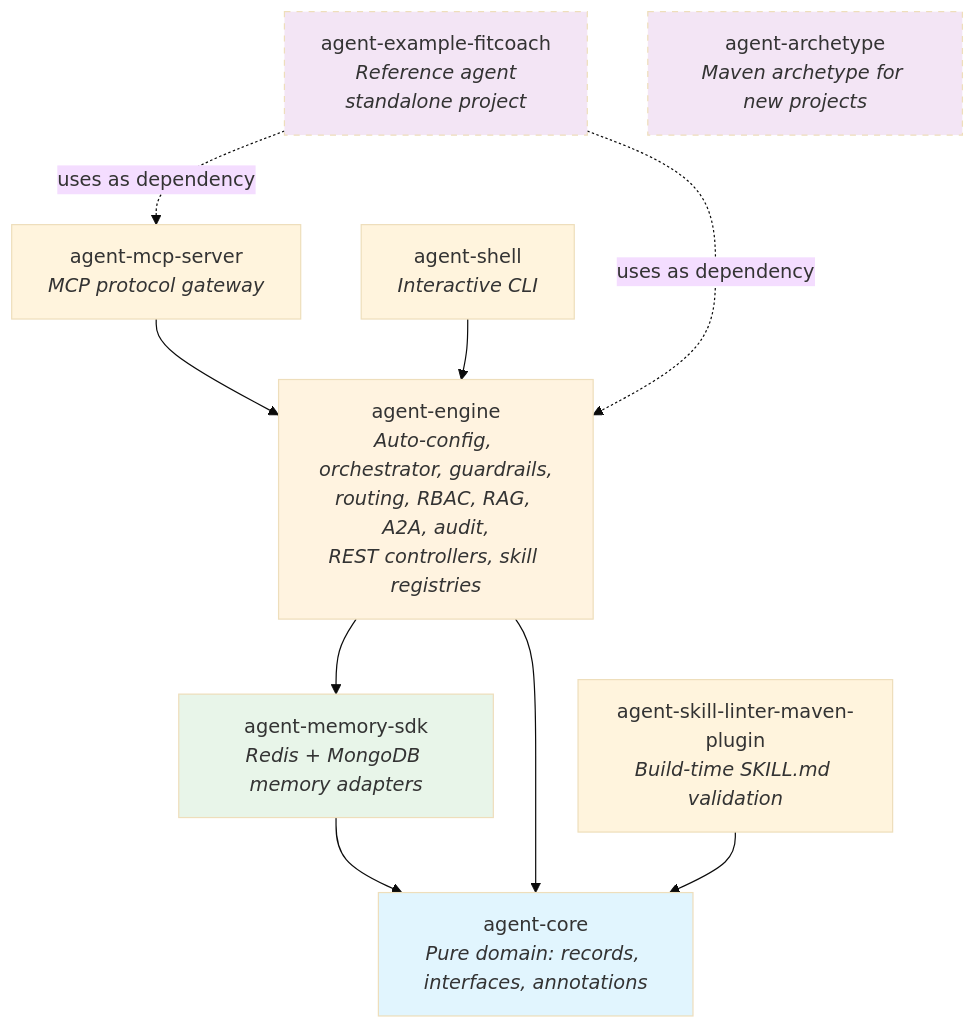
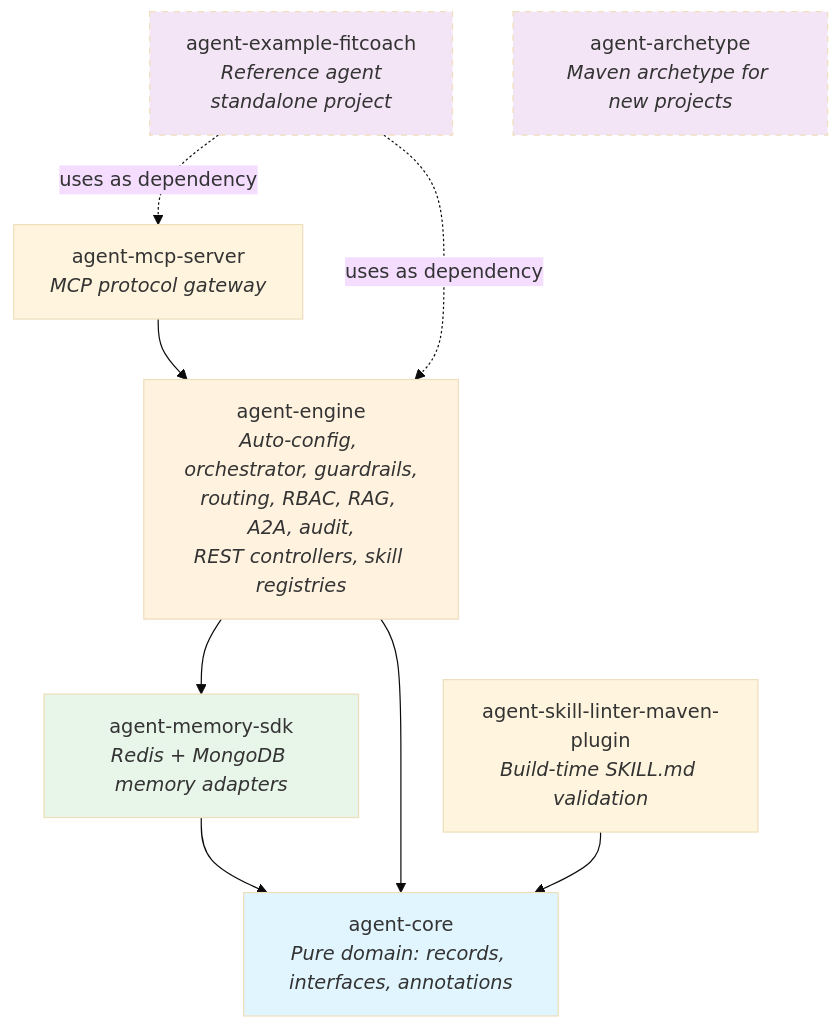
Before and after one commit to GiskardB/gargantua: the eighth of 9 diagrams in docs/architecture-diagrams.md, drawn with Mermaid (base theme). The commit also changed 22 other files, not shown here.

First line of the commit message:
refactor: remove agent-shell module entirely

````diff
--- a/docs/architecture-diagrams.md
+++ b/docs/architecture-diagrams.md
@@ -312,34 +312,32 @@
 ```mermaid
 graph TD
     CORE[agent-core<br/><i>Pure domain: records, interfaces, annotations</i>]
 
     MEMORY[agent-memory-sdk<br/><i>Redis + MongoDB memory adapters</i>]
 
     ENGINE[agent-engine<br/><i>Auto-config, orchestrator, guardrails,<br/>routing, RBAC, RAG, A2A, audit,<br/>REST controllers, skill registries</i>]
 
     MCP[agent-mcp-server<br/><i>MCP protocol gateway</i>]
 
     EXAMPLE[agent-example-fitcoach<br/><i>Reference agent<br/>standalone project</i>]
 
-    SHELL[agent-shell<br/><i>Interactive CLI</i>]
 
     LINTER[agent-skill-linter-maven-plugin<br/><i>Build-time SKILL.md validation</i>]
 
     ARCHETYPE[agent-archetype<br/><i>Maven archetype for new projects</i>]
 
     MEMORY --> CORE
     ENGINE --> CORE
     ENGINE --> MEMORY
     MCP --> ENGINE
-    SHELL --> ENGINE
     LINTER --> CORE
 
     EXAMPLE -.->|uses as dependency| ENGINE
     EXAMPLE -.->|uses as dependency| MCP
 
     style CORE fill:#e1f5fe
     style MEMORY fill:#e8f5e9
     style ENGINE fill:#fff3e0
     style EXAMPLE fill:#f3e5f5,stroke-dasharray: 5 5
     style ARCHETYPE fill:#f3e5f5,stroke-dasharray: 5 5
 ```
````
